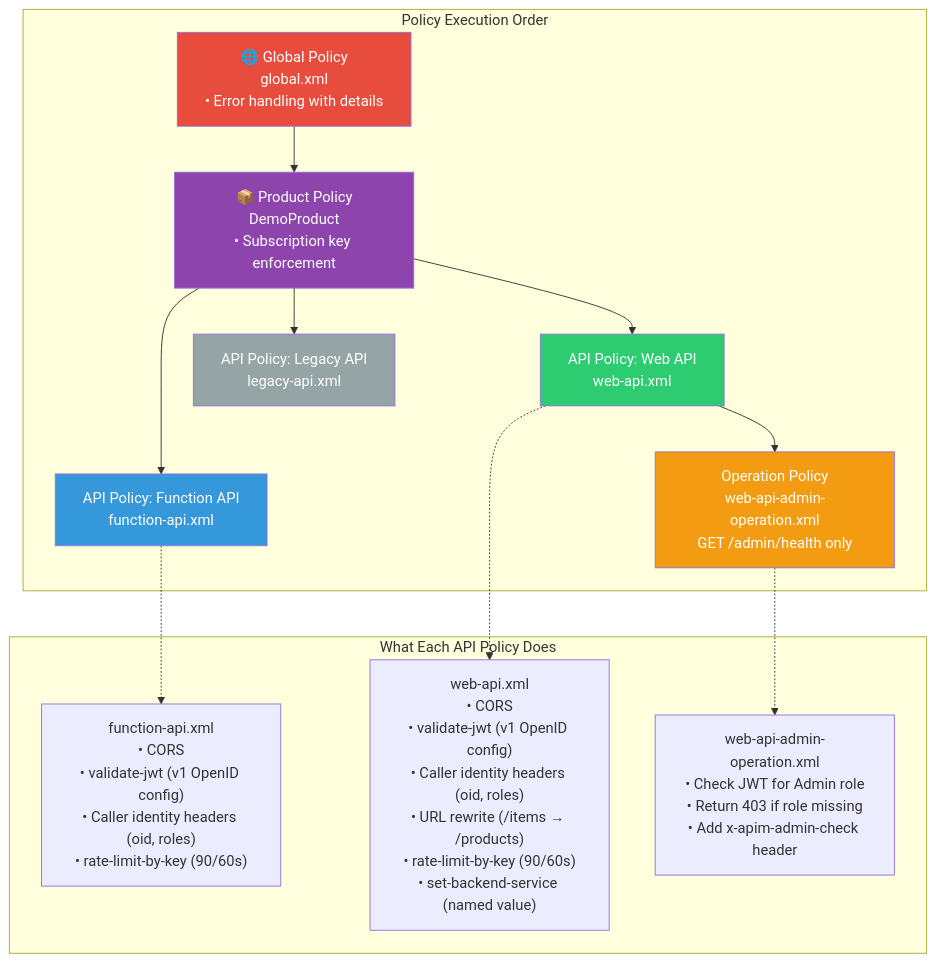
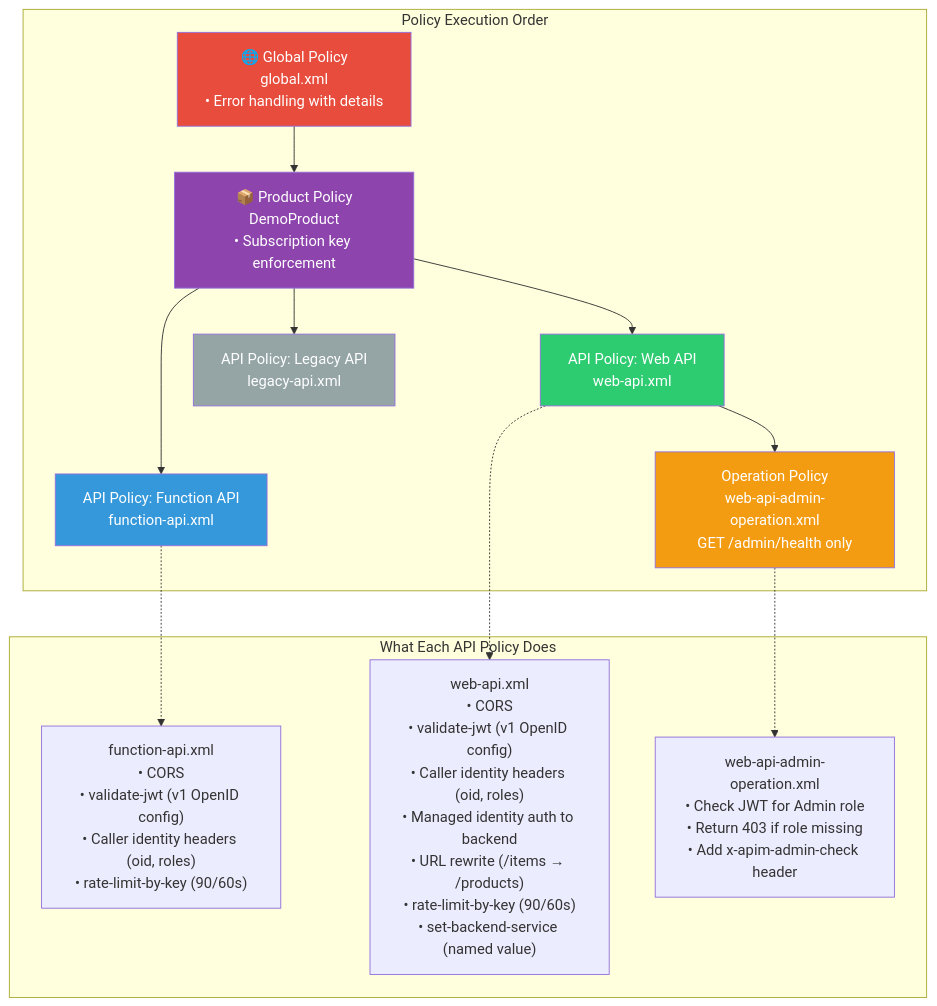
Before and after one commit to sandyshd/APIM-Demo: the third of 3 diagrams in README.md, drawn with Mermaid. The commit also changed other lines of this file and 6 other files, not shown here.

First line of the commit message:
Replace shared secret backend protection with Entra ID managed identity

````diff
--- a/README.md
+++ b/README.md
@@ -182,28 +183,28 @@
 ```mermaid
 graph TD
     subgraph "Policy Execution Order"
         G["🌐 Global Policy<br/>global.xml<br/>• Error handling with details"]
         G --> P["📦 Product Policy<br/>DemoProduct<br/>• Subscription key enforcement"]
         P --> A1["API Policy: Function API<br/>function-api.xml"]
         P --> A2["API Policy: Web API<br/>web-api.xml"]
         P --> A3["API Policy: Legacy API<br/>legacy-api.xml"]
         A2 --> O1["Operation Policy<br/>web-api-admin-operation.xml<br/>GET /admin/health only"]
     end
 
     subgraph "What Each API Policy Does"
         D1["function-api.xml<br/>• CORS<br/>• validate-jwt (v1 OpenID config)<br/>• Caller identity headers (oid, roles)<br/>• rate-limit-by-key (90/60s)"]
-        D2["web-api.xml<br/>• CORS<br/>• validate-jwt (v1 OpenID config)<br/>• Caller identity headers (oid, roles)<br/>• URL rewrite (/items → /products)<br/>• rate-limit-by-key (90/60s)<br/>• set-backend-service (named value)"]
+        D2["web-api.xml<br/>• CORS<br/>• validate-jwt (v1 OpenID config)<br/>• Caller identity headers (oid, roles)<br/>• Managed identity auth to backend<br/>• URL rewrite (/items → /products)<br/>• rate-limit-by-key (90/60s)<br/>• set-backend-service (named value)"]
         D3["web-api-admin-operation.xml<br/>• Check JWT for Admin role<br/>• Return 403 if role missing<br/>• Add x-apim-admin-check header"]
     end
 
     A1 -.-> D1
     A2 -.-> D2
     O1 -.-> D3
 
     style G fill:#e74c3c,color:#fff
     style P fill:#8e44ad,color:#fff
     style A1 fill:#3498db,color:#fff
     style A2 fill:#2ecc71,color:#fff
     style A3 fill:#95a5a6,color:#fff
     style O1 fill:#f39c12,color:#fff
 ```
````
